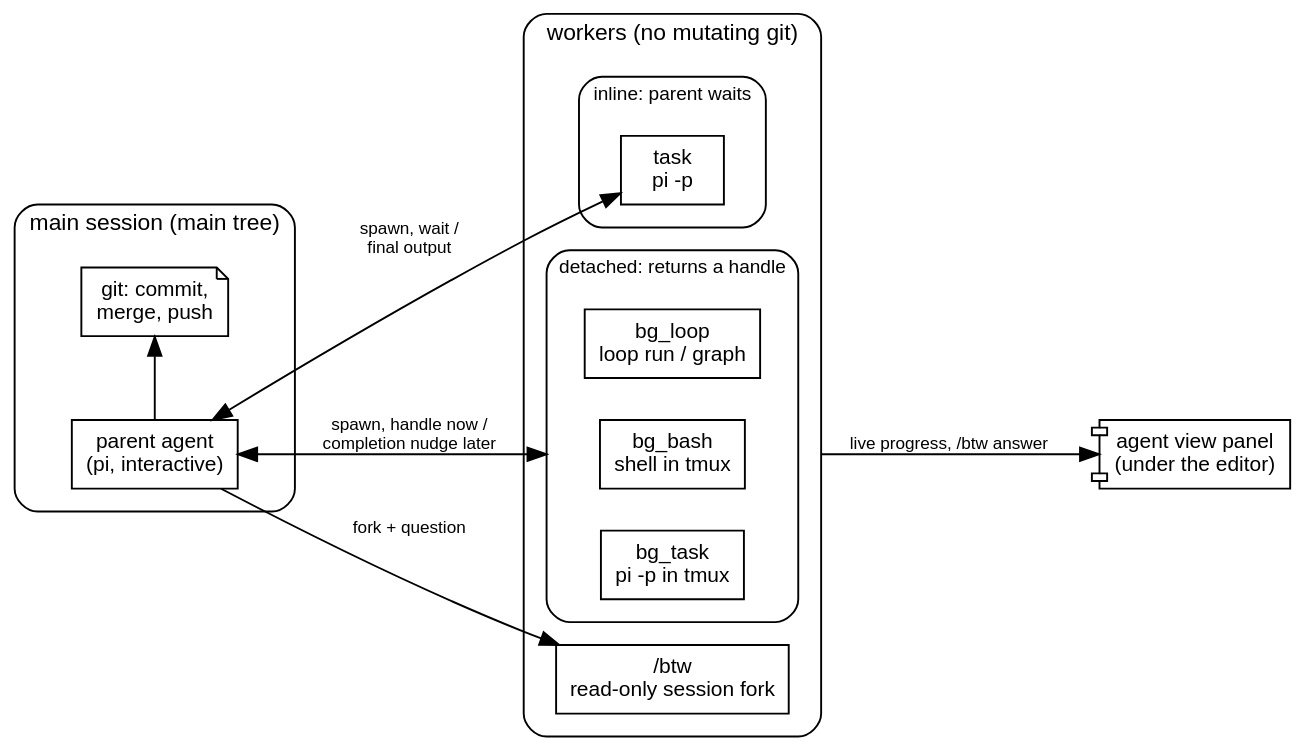
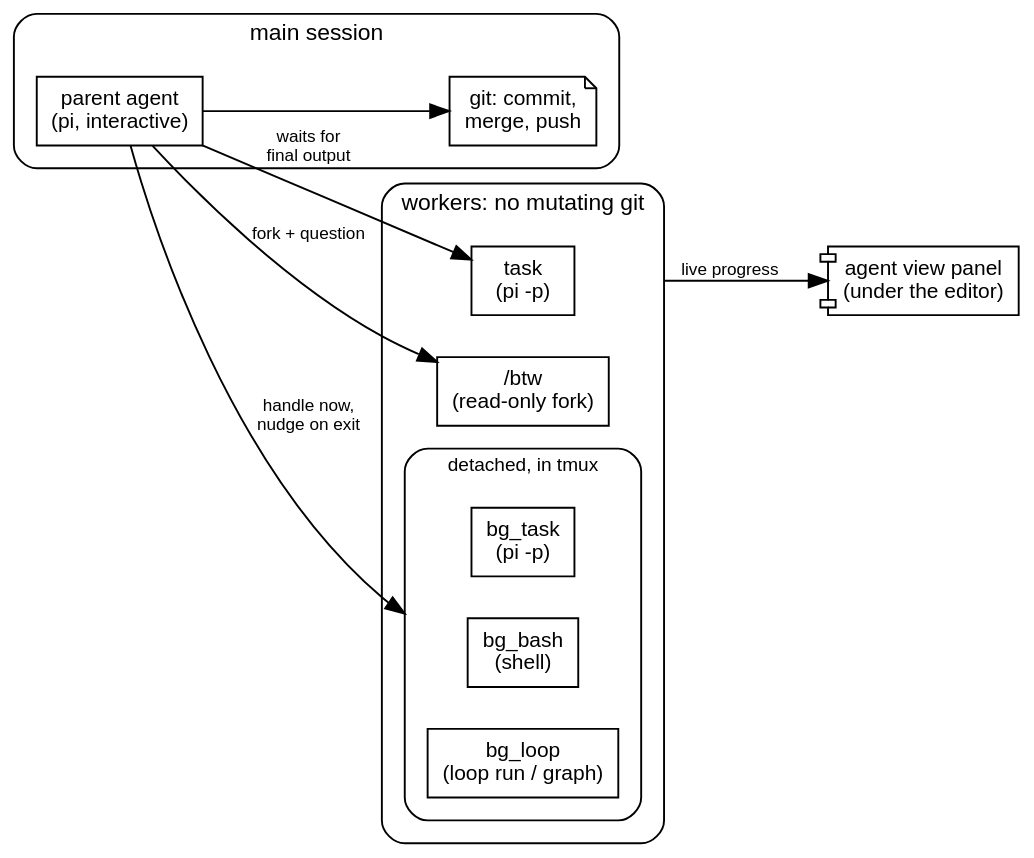
One commit to erfianugrah/lexicanum changed the first of 2 diagrams in src/content/docs/reference/agent-subagents-and-worktrees.mdx. Above: the diagram before and after it, drawn with Graphviz. The commit also changed other lines of this file and 14 other files, not shown here.

First line of the commit message:
docs(harnesses): presentation, diagram and prose pass over the pi harness series (lexicanum#57)

````diff
--- a/src/content/docs/reference/agent-subagents-and-worktrees.mdx
+++ b/src/content/docs/reference/agent-subagents-and-worktrees.mdx
@@ -29,36 +27,32 @@
 ```dot
 digraph {
   rankdir=LR; bgcolor="transparent"; compound=true; nodesep=0.3; ranksep=0.7;
   fontname="Helvetica,Arial,sans-serif";
   node [fontname="Helvetica,Arial,sans-serif", fontsize=11, shape=box];
   edge [fontname="Helvetica,Arial,sans-serif", fontsize=9];
 
   subgraph cluster_main {
-    label="main session (main tree)"; style=rounded; fontsize=12; margin=12;
+    label="main session"; style=rounded; fontsize=12; margin=12;
     parent [label="parent agent\n(pi, interactive)"];
     git [label="git: commit,\nmerge, push", shape=note];
-    { rank=same; parent; git; }
     parent -> git;
   }
   subgraph cluster_workers {
-    label="workers (no mutating git)"; style=rounded; fontsize=12; margin=12;
-    subgraph cluster_inline {
-      label="inline: parent waits"; style=rounded; fontsize=10;
-      task [label="task\npi -p"];
+    label="workers: no mutating git"; style=rounded; fontsize=12; margin=12;
+    task [label="task\n(pi -p)"];
+    btw [label="/btw\n(read-only fork)"];
+    subgraph cluster_detached {
+      label="detached, in tmux"; style=rounded; fontsize=10;
+      bg_task [label="bg_task\n(pi -p)"];
+      bg_bash [label="bg_bash\n(shell)"];
+      bg_loop [label="bg_loop\n(loop run / graph)"];
     }
-    subgraph cluster_detached {
-      label="detached: returns a handle"; style=rounded; fontsize=10;
-      loop [label="bg_loop\nloop run / graph"];
-      bash [label="bg_bash\nshell in tmux"];
-      bg [label="bg_task\npi -p in tmux"];
-    }
-    btw [label="/btw\nread-only session fork"];
   }
   panel [label="agent view panel\n(under the editor)", shape=component];
 
-  parent -> task [label="spawn, wait /\nfinal output", dir=both];
-  parent -> bash [lhead=cluster_detached, dir=both, label="spawn, handle now /\ncompletion nudge later"];
+  parent -> task [label="waits for\nfinal output"];
   parent -> btw [label="fork + question"];
-  bash -> panel [ltail=cluster_workers, label="live progress, /btw answer"];
+  parent -> bg_bash [lhead=cluster_detached, label="handle now,\nnudge on exit"];
+  task -> panel [ltail=cluster_workers, label="live progress"];
 }
 ```
````
